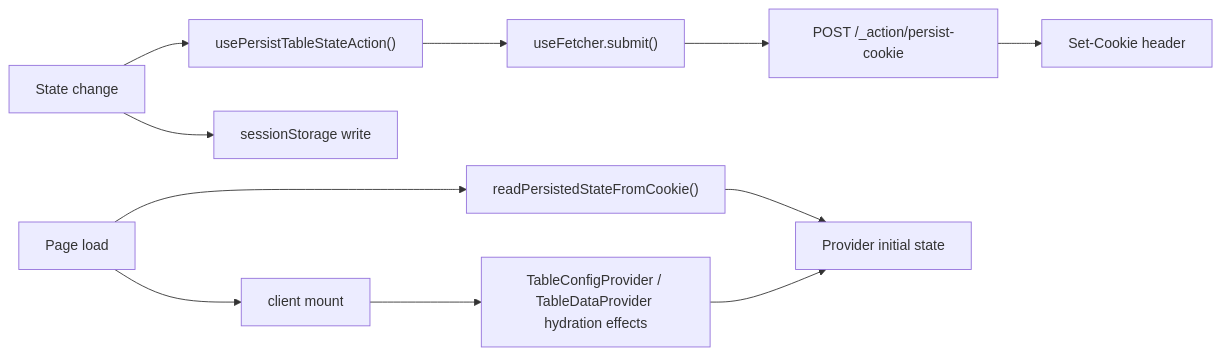
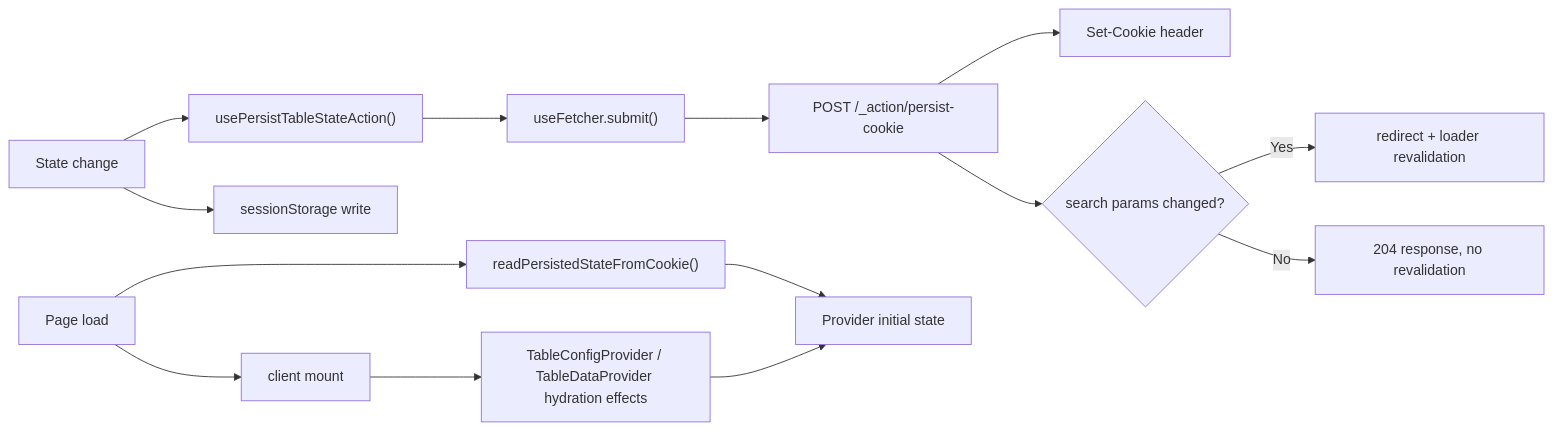
The fourth of 4 diagrams in apps/react-router/src/components/Table/ARCHITECTURE.md (luciocabrera/lcabrera-stack), drawn with Mermaid before and after one commit. The commit also changed other lines of this file and 15 other files, not shown here.

````diff
--- a/apps/react-router/src/components/Table/ARCHITECTURE.md
+++ b/apps/react-router/src/components/Table/ARCHITECTURE.md
@@ -158,14 +160,17 @@
 ```mermaid
 graph LR
   Change["State change"] --> Action["usePersistTableStateAction()"]
   Change --> Session["sessionStorage write"]
   Action --> Fetcher["useFetcher.submit()"]
   Fetcher --> Route["POST /_action/persist-cookie"]
   Route --> Cookie["Set-Cookie header"]
+  Route --> Decision{"search params changed?"}
+  Decision -->|Yes| Revalidate["redirect + loader revalidation"]
+  Decision -->|No| Stable["204 response, no revalidation"]
 
   Load["Page load"] --> CookieRead["readPersistedStateFromCookie()"]
   CookieRead --> Init["Provider initial state"]
   Load --> Mount["client mount"]
   Mount --> SessionRead["TableConfigProvider / TableDataProvider hydration effects"]
   SessionRead --> Init
 ```
````
